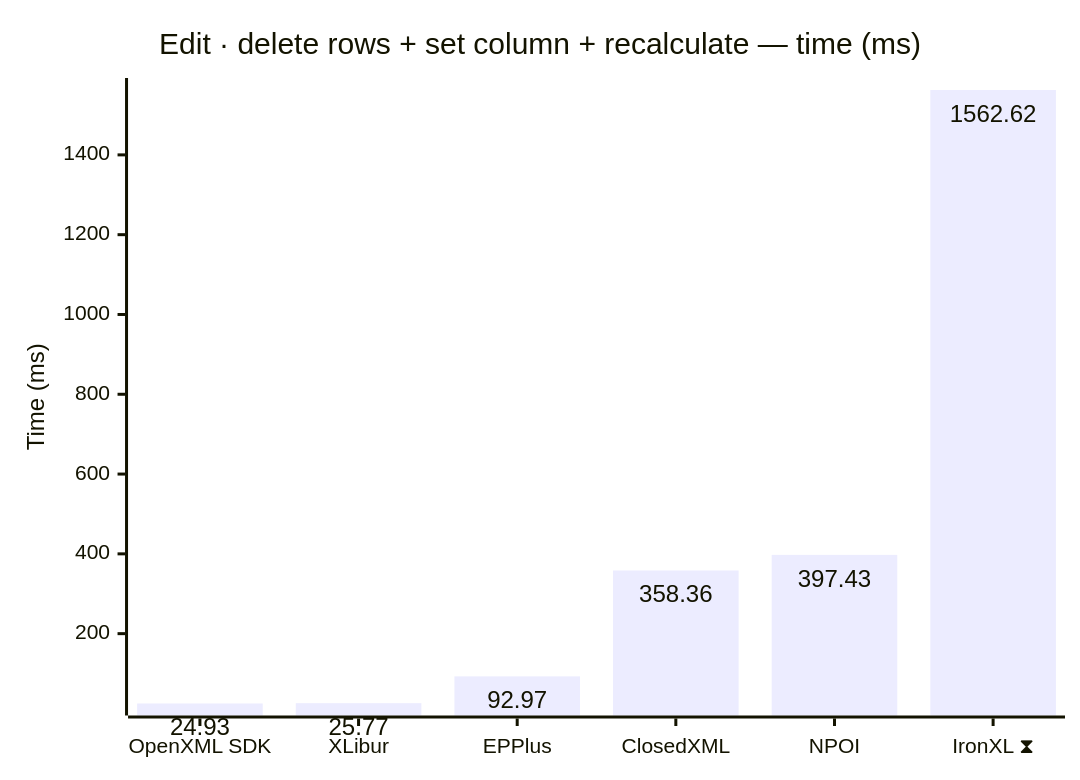
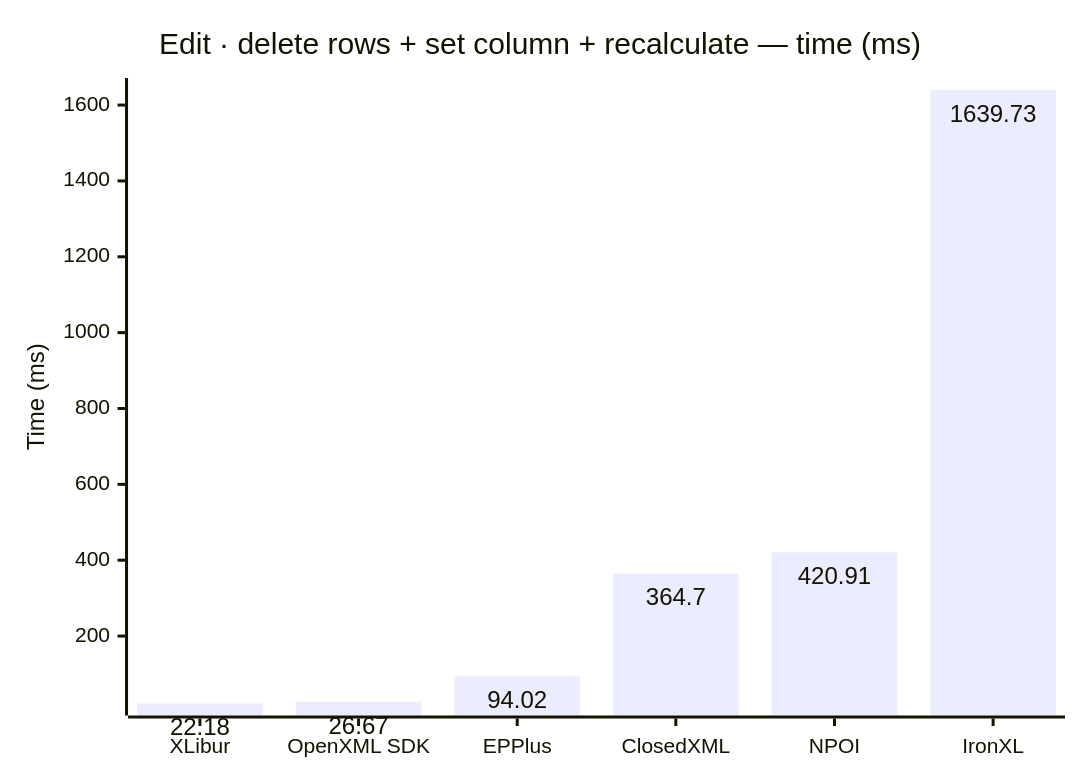
One commit to jafin/XLBench changed the ninth of 12 diagrams in docs/results.md. Above: the diagram before and after it, drawn with Mermaid. The commit also changed other lines of this file and 2 other files, not shown here.

````diff
--- a/docs/results.md
+++ b/docs/results.md
@@ -143,12 +139,12 @@
 ```mermaid
 ---
 config:
   xyChart:
     showDataLabel: true
 ---
 xychart-beta
     title "Edit · delete rows + set column + recalculate — time (ms)"
-    x-axis ["OpenXML SDK", "XLibur", "EPPlus", "ClosedXML", "NPOI", "IronXL ⧗"]
+    x-axis ["XLibur", "OpenXML SDK", "EPPlus", "ClosedXML", "NPOI", "IronXL"]
     y-axis "Time (ms)"
-    bar [24.93, 25.77, 92.97, 358.36, 397.43, 1562.62]
+    bar [22.18, 26.67, 94.02, 364.7, 420.91, 1639.73]
 ```
````
